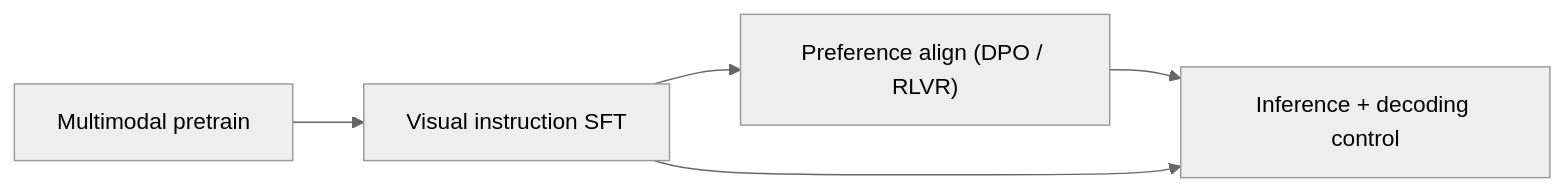
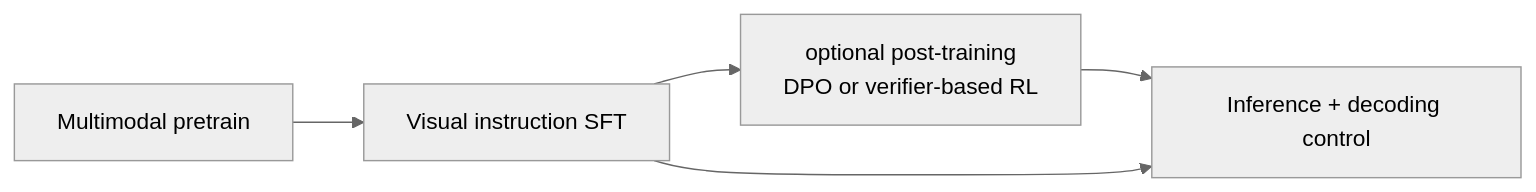
The first of 2 diagrams in content/vlm/instruction-tuning.md (beomyoung-kim/ml_study), drawn with Mermaid (neutral theme) before and after one commit. The commit also changed other lines of this file and 209 other files, not shown here.

````diff
--- a/content/vlm/instruction-tuning.md
+++ b/content/vlm/instruction-tuning.md
@@ -10,7 +34,7 @@
 ```mermaid
 flowchart LR
   PT["Multimodal pretrain"] --> SFT["Visual instruction SFT"]
-  SFT --> PREF["Preference align (DPO / RLVR)"]
-  PREF --> DEC["Inference + decoding control"]
-  SFT --> DEC
+  SFT --> PREF["optional post-training<br/>DPO or verifier-based RL"]
+  PREF --> InstDecode["Inference + decoding control"]
+  SFT --> InstDecode
 ```
````
